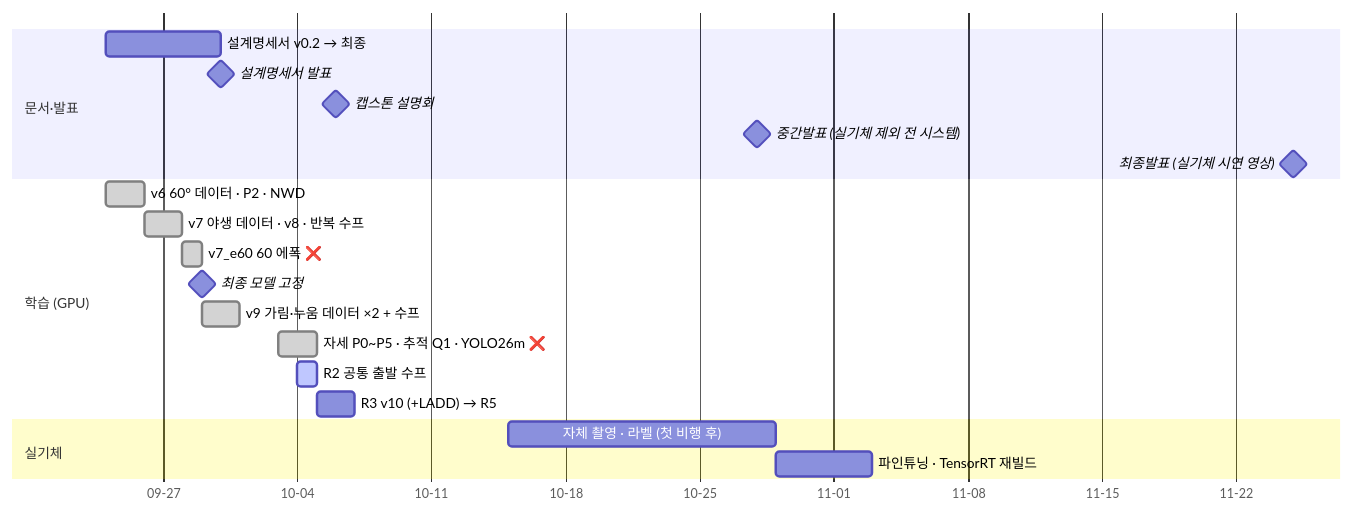
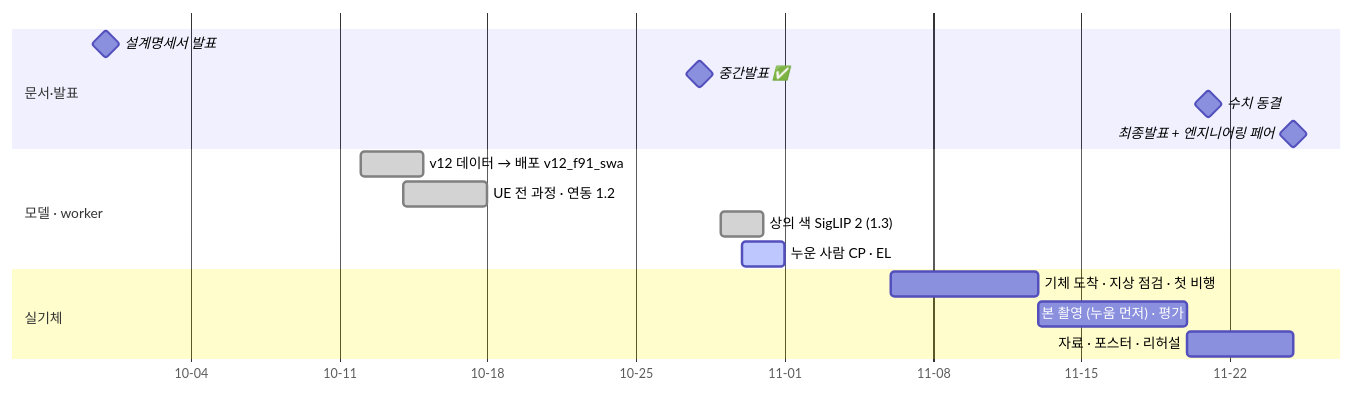
The second of 2 diagrams in obsidian/00 홈.md (tim9985/Capstone), drawn with Mermaid before and after one commit. The commit also changed other lines of this file and 11 other files, not shown here.

````diff
--- a/obsidian/00 홈.md
+++ b/obsidian/00 홈.md
@@ -65,23 +58,19 @@
 ```mermaid
 gantt
     dateFormat YYYY-MM-DD
     axisFormat %m-%d
     section 문서·발표
-    설계명세서 v0.2 → 최종        :doc, 2026-09-24, 6d
     설계명세서 발표               :milestone, 2026-09-30, 0d
-    캡스톤 설명회                 :milestone, 2026-10-06, 0d
-    중간발표 (실기체 제외 전 시스템) :milestone, 2026-10-28, 0d
-    최종발표 (실기체 시연 영상)    :milestone, 2026-11-25, 0d
-    section 학습 (GPU)
-    v6 60° 데이터 · P2 · NWD      :done, v6, 2026-09-24, 2d
-    v7 야생 데이터 · v8 · 반복 수프 :done, v7, 2026-09-26, 2d
-    v7_e60 60 에폭 ❌              :done, e60, 2026-09-28, 1d
-    최종 모델 고정                 :milestone, 2026-09-29, 0d
-    v9 가림·누움 데이터 ×2 + 수프   :done, v9, 2026-09-29, 2d
-    자세 P0~P5 · 추적 Q1 · YOLO26m ❌ :done, q, 2026-10-03, 2d
-    R2 공통 출발 수프               :active, r2, 2026-10-04, 1d
-    R3 v10 (+LADD) → R5            :r3, after r2, 2d
+    중간발표 ✅                    :milestone, 2026-10-28, 0d
+    수치 동결                     :milestone, 2026-11-21, 0d
+    최종발표 + 엔지니어링 페어     :milestone, 2026-11-25, 0d
+    section 모델 · worker
+    v12 데이터 → 배포 v12_f91_swa  :done, v12, 2026-10-12, 3d
+    UE 전 과정 · 연동 1.2          :done, u, 2026-10-14, 4d
+    상의 색 SigLIP 2 (1.3)        :done, col, 2026-10-29, 2d
+    누운 사람 CP · EL              :active, ly, 2026-10-30, 2d
     section 실기체
-    자체 촬영 · 라벨 (첫 비행 후)   :own, 2026-10-15, 14d
-    파인튜닝 · TensorRT 재빌드     :after own, 5d
+    기체 도착 · 지상 점검 · 첫 비행 :rf1, 2026-11-06, 7d
+    본 촬영 (누움 먼저) · 평가      :rf2, 2026-11-13, 7d
+    자료 · 포스터 · 리허설          :pr, 2026-11-20, 5d
 ```
````
